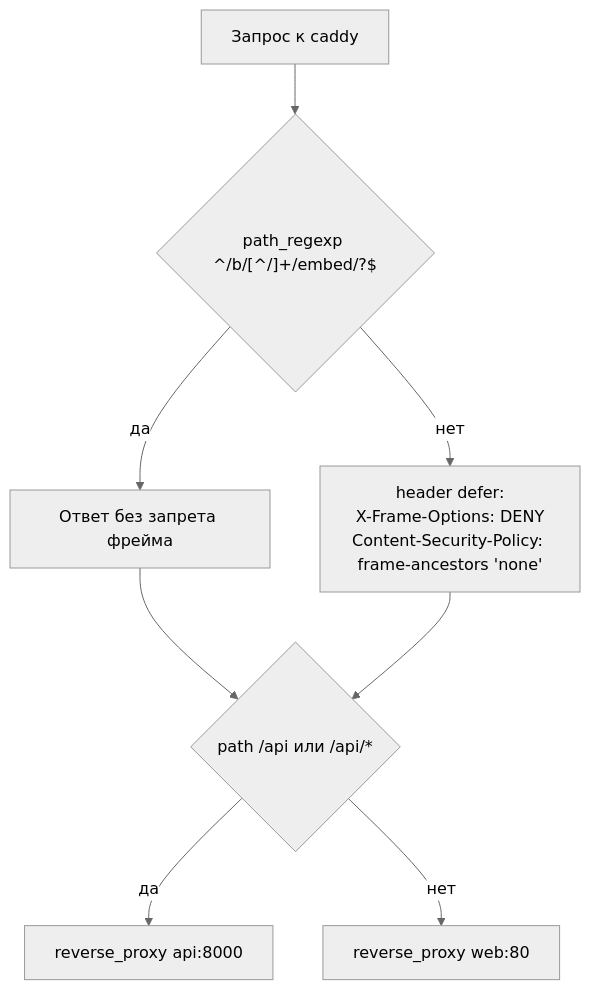
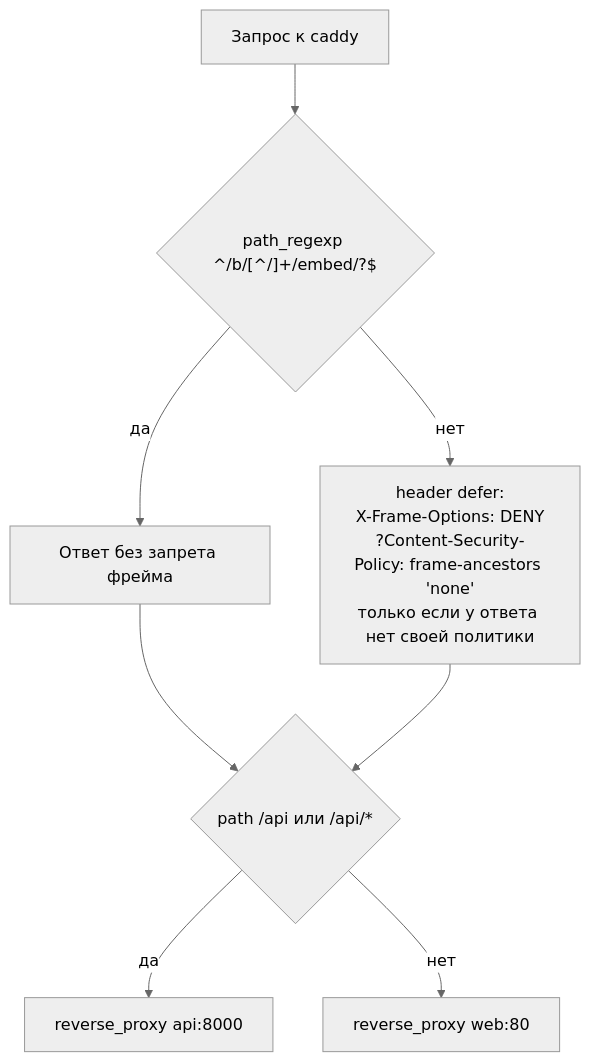
The third of 3 diagrams in uml/deployment.md (shumakove/myboard), drawn with Mermaid (neutral theme) before and after one commit. The commit also changed other lines of this file and 7 other files, not shown here.

Commit message:
T7.1: Обновить схемы UML по принятой реализации файлов и изображений

````diff
--- a/uml/deployment.md
+++ b/uml/deployment.md
@@ -58,10 +58,10 @@
 ```mermaid
 flowchart TB
   req[Запрос к caddy] --> m{"path_regexp ^/b/[^/]+/embed/?$"}
   m -->|да| pass[Ответ без запрета фрейма]
-  m -->|нет| deny["header defer:<br/>X-Frame-Options: DENY<br/>Content-Security-Policy: frame-ancestors 'none'"]
+  m -->|нет| deny["header defer:<br/>X-Frame-Options: DENY<br/>?Content-Security-Policy: frame-ancestors 'none'<br/>только если у ответа нет своей политики"]
   pass --> route{"path /api или /api/*"}
   deny --> route
   route -->|да| api[reverse_proxy api:8000]
   route -->|нет| web[reverse_proxy web:80]
 ```
````
